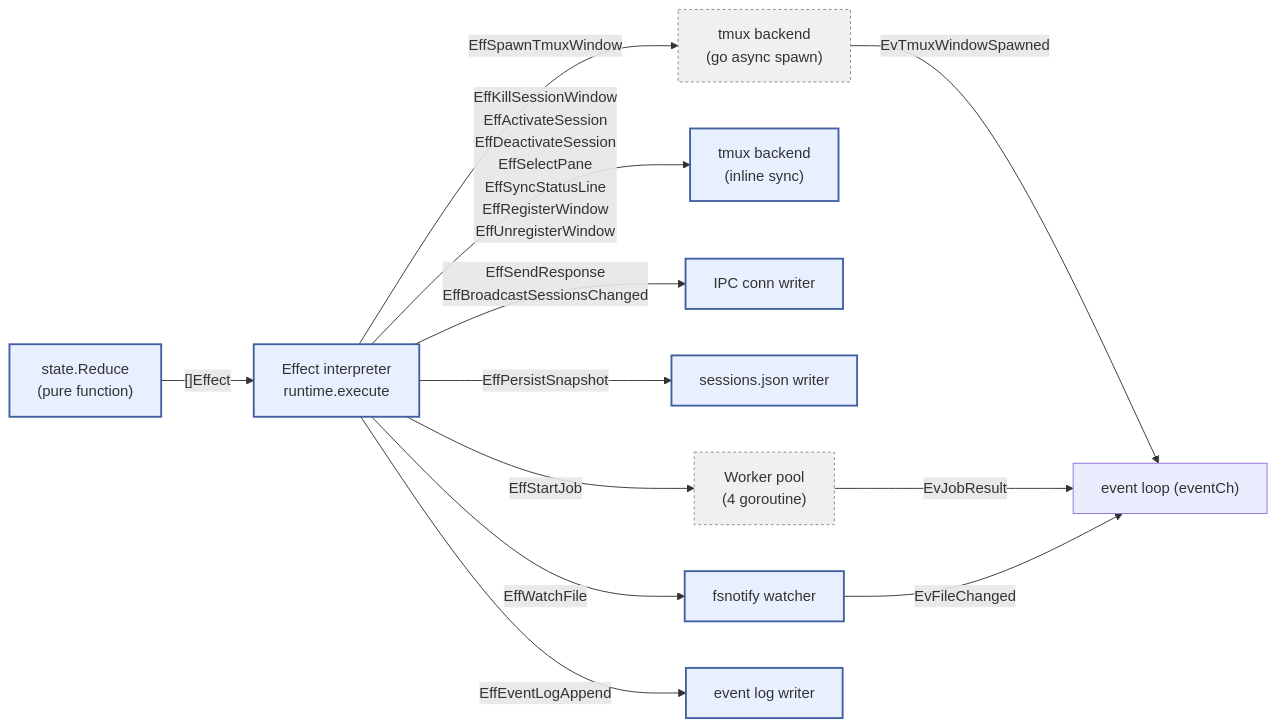
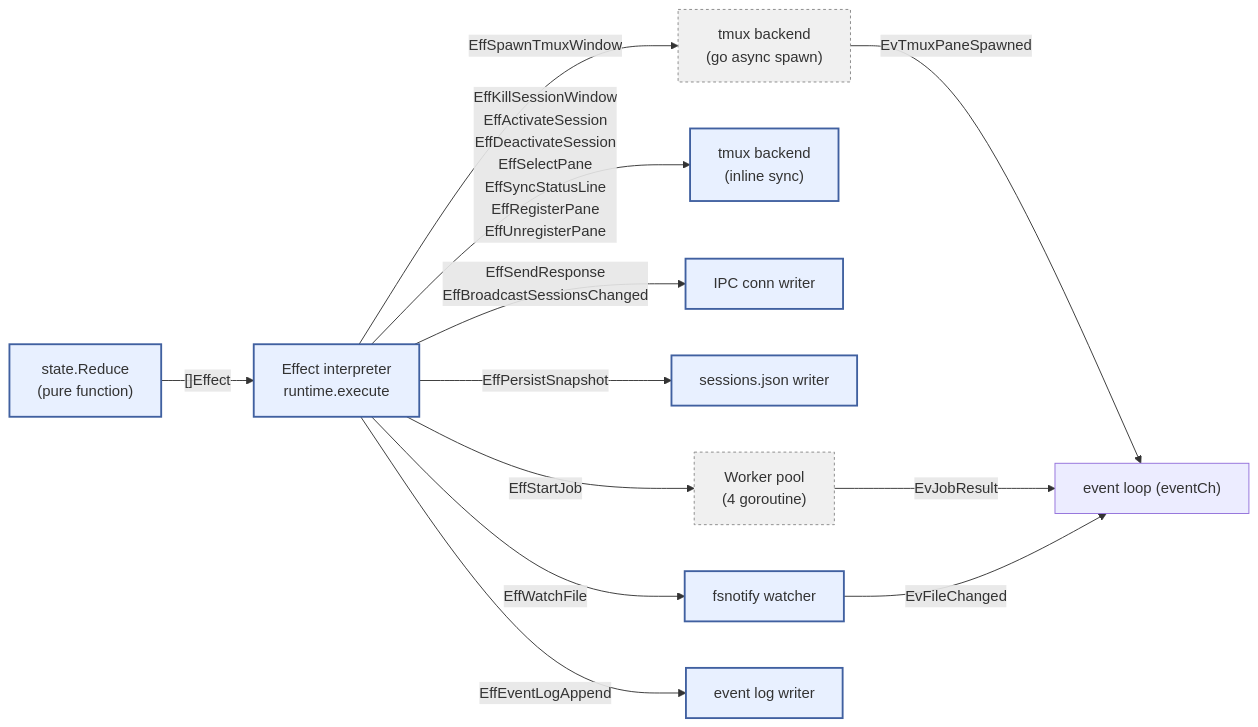
Before and after one commit to takezoh/agent-roost: the third of 6 diagrams in docs/ipc.md, drawn with Mermaid. The commit also changed 26 other files, not shown here.

````diff
--- a/docs/ipc.md
+++ b/docs/ipc.md
@@ -136,22 +136,22 @@
 ```mermaid
 flowchart LR
     classDef sync fill:#e8f0ff,stroke:#4060a0,stroke-width:2px
     classDef async fill:#f0f0f0,stroke:#888,stroke-dasharray:3 3
 
     Reduce["state.Reduce<br/>(pure function)"]:::sync
     Interp["Effect interpreter<br/>runtime.execute"]:::sync
 
     Reduce -->|"[]Effect"| Interp
 
     Interp -->|EffSpawnTmuxWindow| Tmux["tmux backend<br/>(go async spawn)"]:::async
-    Interp -->|EffKillSessionWindow<br/>EffActivateSession<br/>EffDeactivateSession<br/>EffSelectPane<br/>EffSyncStatusLine<br/>EffRegisterWindow<br/>EffUnregisterWindow| TmuxSync["tmux backend<br/>(inline sync)"]:::sync
+    Interp -->|EffKillSessionWindow<br/>EffActivateSession<br/>EffDeactivateSession<br/>EffSelectPane<br/>EffSyncStatusLine<br/>EffRegisterPane<br/>EffUnregisterPane| TmuxSync["tmux backend<br/>(inline sync)"]:::sync
     Interp -->|EffSendResponse<br/>EffBroadcastSessionsChanged| IPC["IPC conn writer"]:::sync
     Interp -->|EffPersistSnapshot| Persist["sessions.json writer"]:::sync
     Interp -->|EffStartJob| Pool["Worker pool<br/>(4 goroutine)"]:::async
     Interp -->|EffWatchFile| Watcher["fsnotify watcher"]:::sync
     Interp -->|EffEventLogAppend| EventLog["event log writer"]:::sync
 
-    Tmux -->|EvTmuxWindowSpawned| EL["event loop (eventCh)"]
+    Tmux -->|EvTmuxPaneSpawned| EL["event loop (eventCh)"]
     Pool -->|EvJobResult| EL
     Watcher -->|EvFileChanged| EL
 ```
````
